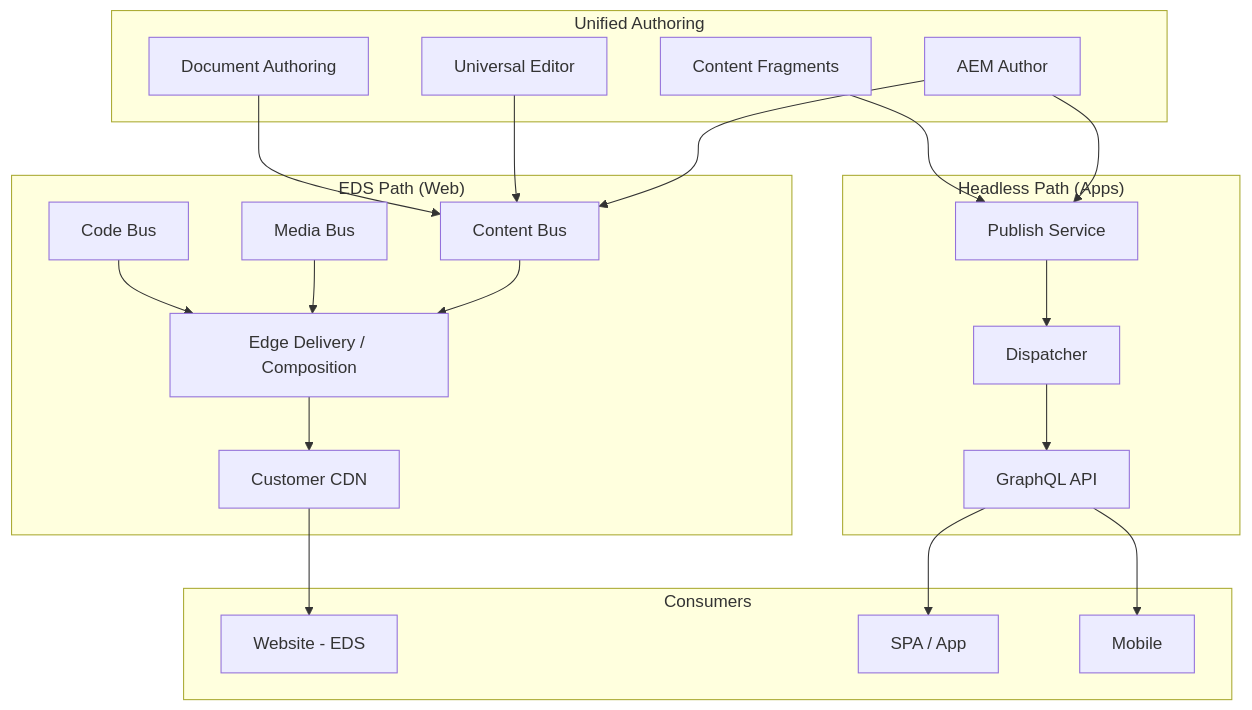
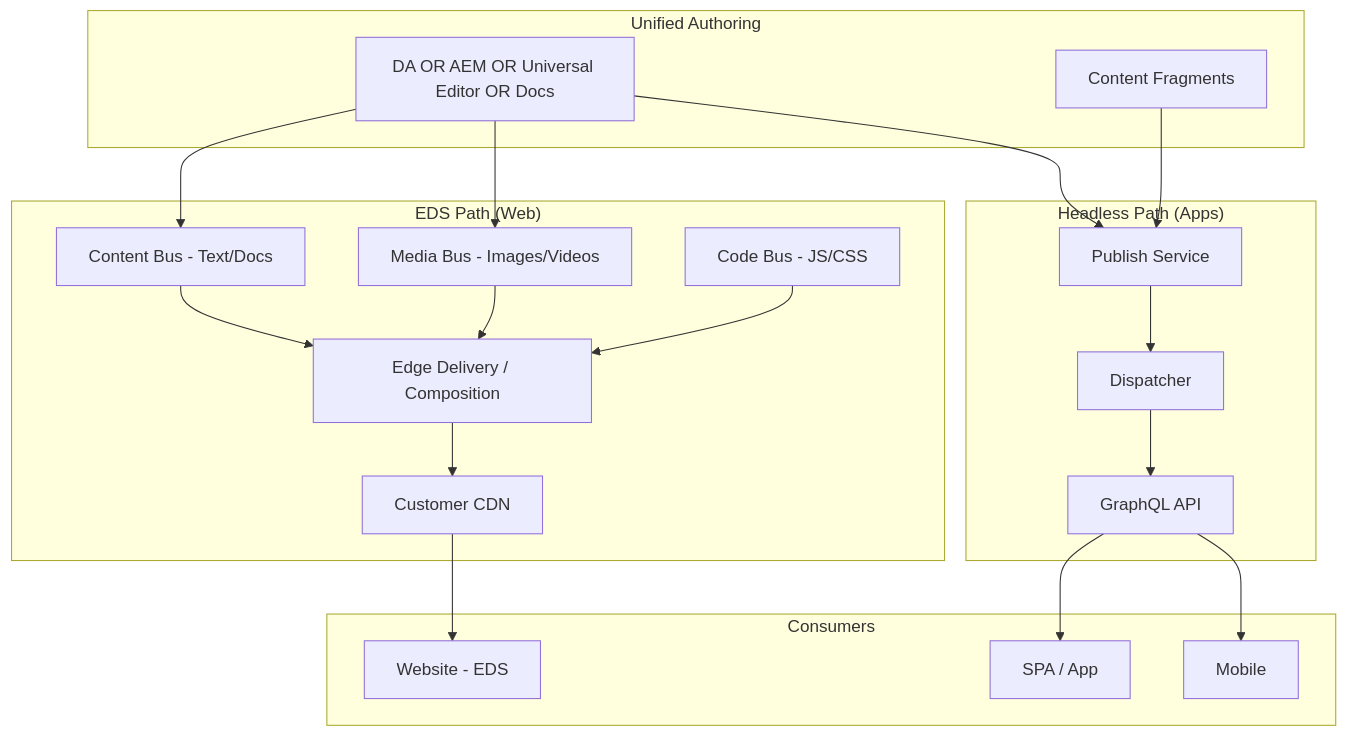
One commit to ak8458/abc-boilerplate changed the third of 4 diagrams in docs/AEM_EDS_vs_HEADLESS_EVALUATION.md. Above: the diagram before and after it, drawn with Mermaid. The commit also changed other lines of this file and 33 other files, not shown here.

````diff
--- a/docs/AEM_EDS_vs_HEADLESS_EVALUATION.md
+++ b/docs/AEM_EDS_vs_HEADLESS_EVALUATION.md
@@ -240,44 +140,41 @@
 ```mermaid
 flowchart TB
     subgraph Authoring["Unified Authoring"]
-        AEM_Author[AEM Author]
-        UE[Universal Editor]
+        Content[DA OR AEM OR Universal Editor OR Docs]
         CF[Content Fragments]
-        Docs[Document Authoring]
     end
 
     subgraph EDS_Path["EDS Path (Web)"]
-        Content_Bus[Content Bus]
-        Media_Bus[Media Bus]
-        Code_Bus[Code Bus]
+        Content_Bus[Content Bus - Text/Docs]
+        Media_Bus[Media Bus - Images/Videos]
+        Code_Bus[Code Bus - JS/CSS]
         Edge_Delivery[Edge Delivery / Composition]
         CDN_EDS[Customer CDN]
     end
 
     subgraph Headless_Path["Headless Path (Apps)"]
         Publish[Publish Service]
         Dispatcher[Dispatcher]
         GraphQL[GraphQL API]
     end
 
     subgraph Consumers["Consumers"]
         Web[Website - EDS]
         SPA[SPA / App]
         Mobile[Mobile]
     end
 
-    AEM_Author --> Content_Bus
-    UE --> Content_Bus
-    Docs --> Content_Bus
-    AEM_Author --> Publish
+    Content --> Content_Bus
+    Content --> Media_Bus
+    Content --> Publish
     CF --> Publish
     Content_Bus --> Edge_Delivery
     Media_Bus --> Edge_Delivery
     Code_Bus --> Edge_Delivery
     Edge_Delivery --> CDN_EDS
     Publish --> Dispatcher
     Dispatcher --> GraphQL
     CDN_EDS --> Web
     GraphQL --> SPA
     GraphQL --> Mobile
 ```
````
